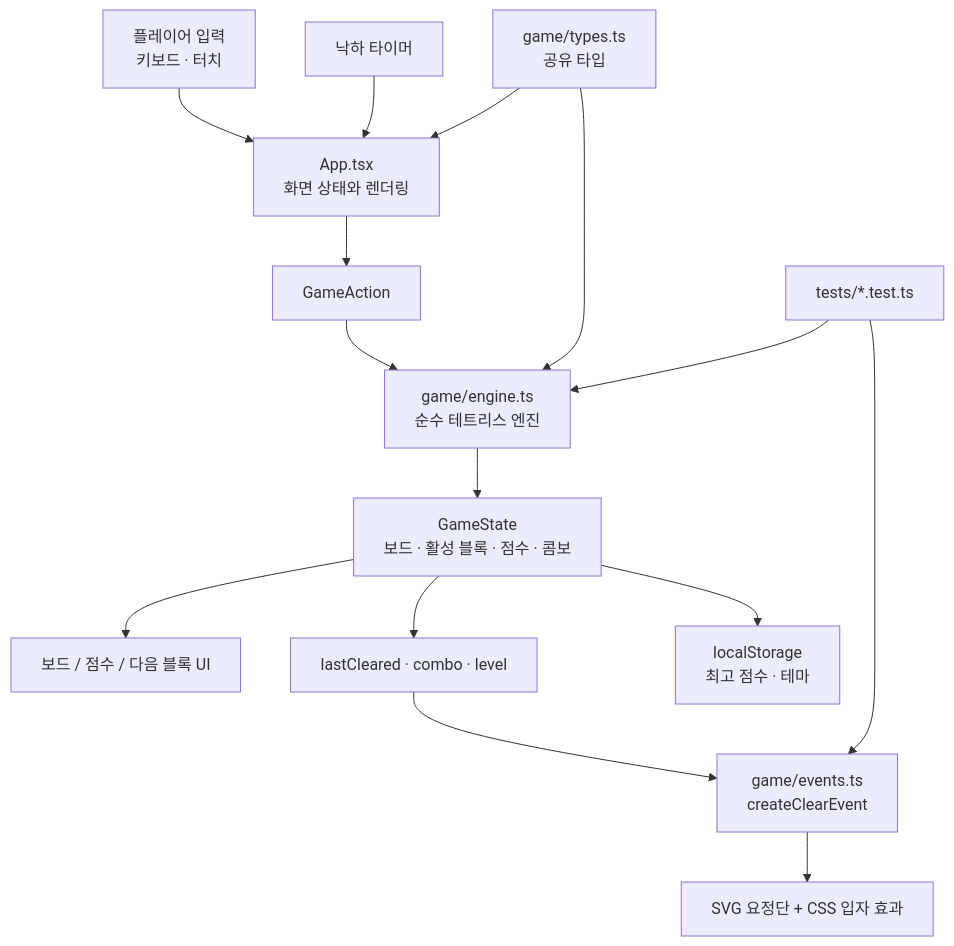
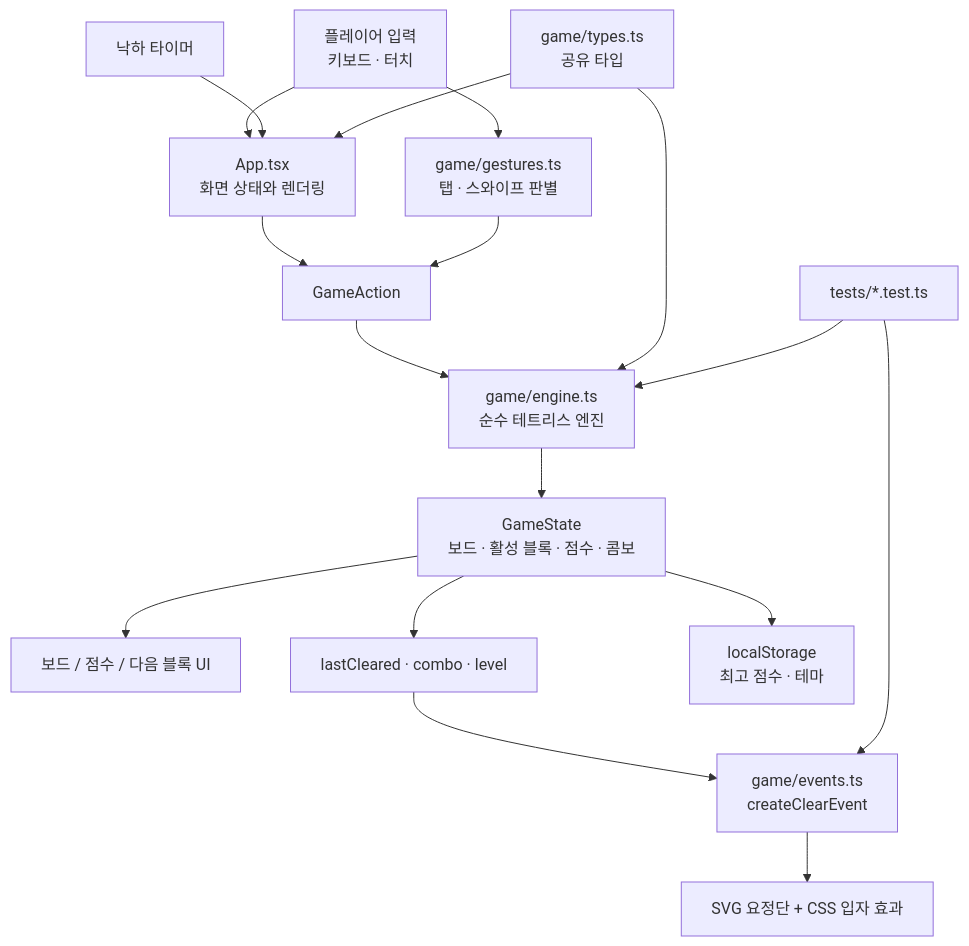
Before and after one commit to Photometry4040/example-starry-tetris: the diagram in README.md, drawn with Mermaid. The commit also changed other lines of this file and 4 other files, not shown here.

````diff
--- a/README.md
+++ b/README.md
@@ -59,17 +62,19 @@
 ```mermaid
 flowchart TD
   Player[플레이어 입력\n키보드 · 터치] --> App[App.tsx\n화면 상태와 렌더링]
   Timer[낙하 타이머] --> App
   App --> Action[GameAction]
   Action --> Engine[game/engine.ts\n순수 테트리스 엔진]
   Engine --> State[GameState\n보드 · 활성 블록 · 점수 · 콤보]
   State --> Board[보드 / 점수 / 다음 블록 UI]
   State --> EventInput[lastCleared · combo · level]
   EventInput --> Events[game/events.ts\ncreateClearEvent]
   Events --> Celebration[SVG 요정단 + CSS 입자 효과]
+  Player --> Gestures[game/gestures.ts\n탭 · 스와이프 판별]
+  Gestures --> Action
   State --> Storage[localStorage\n최고 점수 · 테마]
   Types[game/types.ts\n공유 타입] --> Engine
   Types --> App
   Tests[tests/*.test.ts] --> Engine
   Tests --> Events
 ```
````
